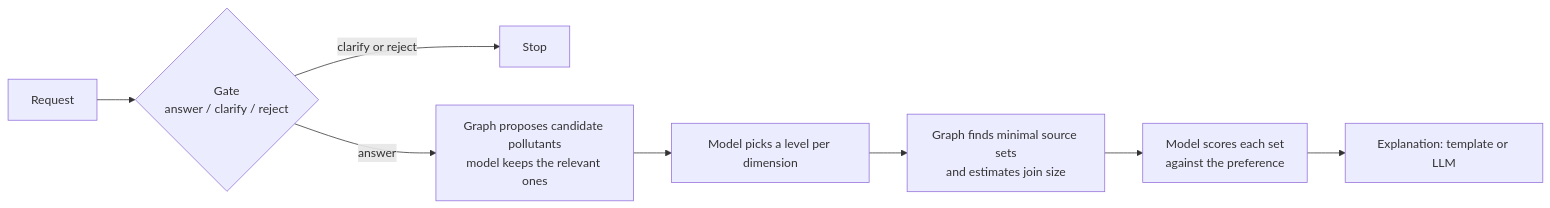
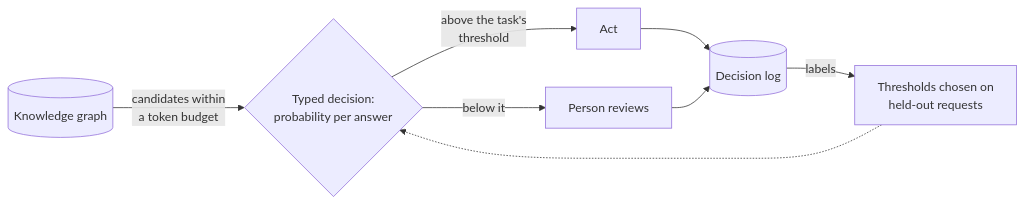
The diagram in README.md (2096955/graphragapp), drawn with Mermaid before and after one commit. The commit also changed other lines of this file and 52 other files, not shown here.

````diff
--- a/README.md
+++ b/README.md
@@ -141,10 +27,10 @@
 ```mermaid
 flowchart LR
-  R[Request] --> G{Gate<br/>answer / clarify / reject}
-  G -- clarify or reject --> X[Stop]
-  G -- answer --> E[Graph proposes candidate pollutants<br/>model keeps the relevant ones]
-  E --> Q[Model picks a level per dimension]
-  Q --> D[Graph finds minimal source sets<br/>and estimates join size]
-  D --> K[Model scores each set<br/>against the preference]
-  K --> T[Explanation: template or LLM]
+  G[(Knowledge graph)] -- "candidates within<br/>a token budget" --> D{"Typed decision:<br/>probability per answer"}
+  D -- "above the task's<br/>threshold" --> A[Act]
+  D -- "below it" --> P[Person reviews]
+  A --> L[(Decision log)]
+  P --> L
+  L -- "labels" --> C["Thresholds chosen on<br/>held-out requests"]
+  C -.-> D
 ```
````
